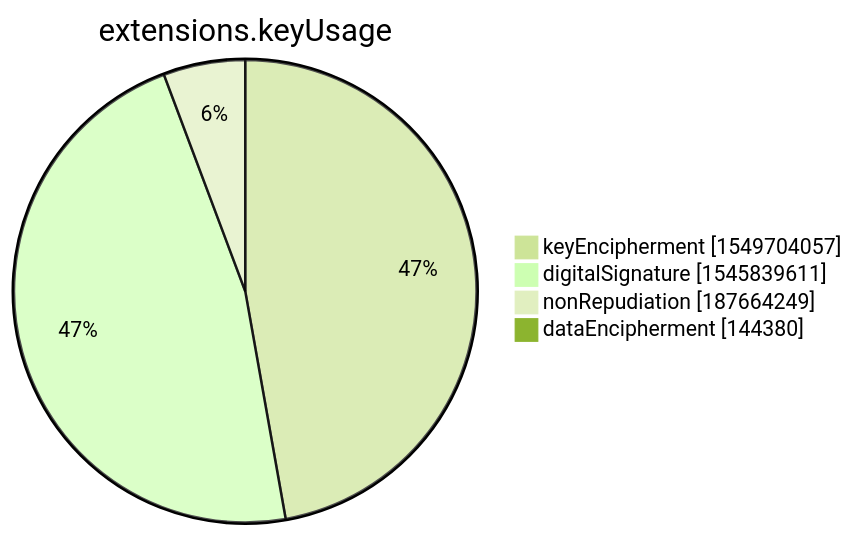
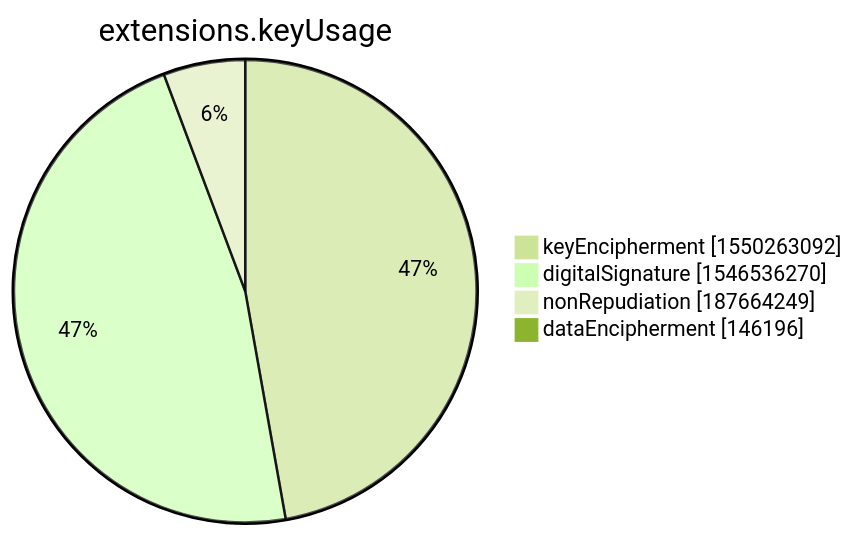
The seventh of 15 diagrams in xenon2022/README.md (christiankrug/ctmonitor_visualization), drawn with Mermaid (forest theme) before and after one commit. The commit also changed other lines of this file, not shown here.

````diff
--- a/xenon2022/README.md
+++ b/xenon2022/README.md
@@ -2851,8 +2851,8 @@
 ```mermaid
 pie showData
 title extensions.keyUsage
-"keyEncipherment" :1549704057
-"digitalSignature" :1545839611
+"keyEncipherment" :1550263092
+"digitalSignature" :1546536270
 "nonRepudiation" :187664249
-"dataEncipherment" :144380
+"dataEncipherment" :146196
 ```
````
